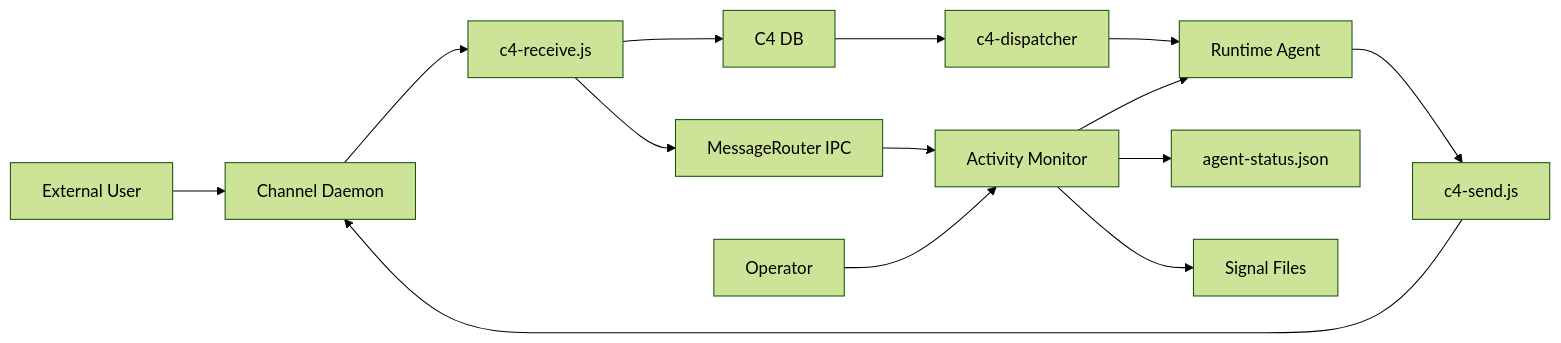
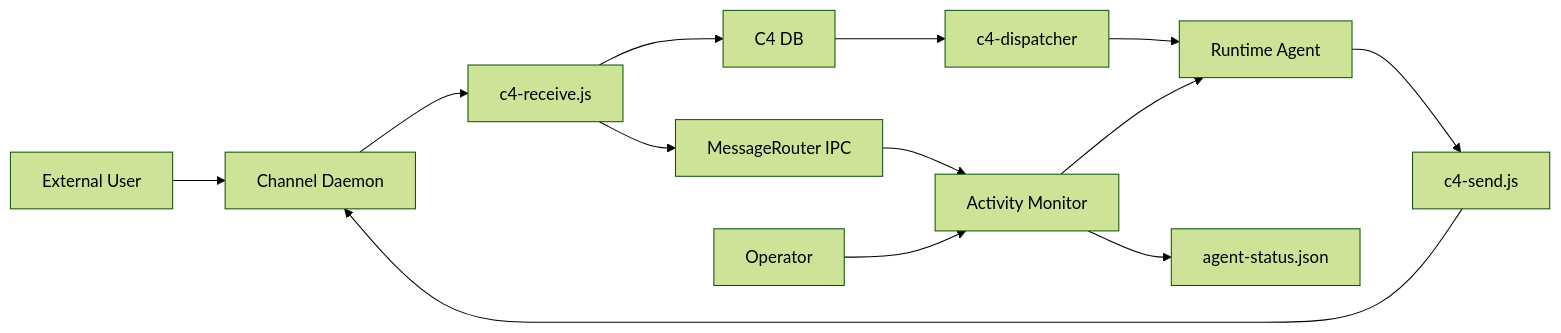
Before and after one commit to zylos-ai/zylos-core: the first of 3 diagrams in docs/activity-monitor-design.md, drawn with Mermaid (forest theme). The commit also changed other lines of this file, not shown here.

First line of the commit message:
docs(am): move Signal Files from container level into AM Process

````diff
--- a/docs/activity-monitor-design.md
+++ b/docs/activity-monitor-design.md
@@ -29,17 +29,16 @@
 ```mermaid
 flowchart LR
   User["External User"] --> Channel["Channel Daemon"]
   Channel --> Receive["c4-receive.js"]
   Receive --> C4DB["C4 DB"]
   C4DB --> Dispatcher["c4-dispatcher"]
   Dispatcher --> Runtime["Runtime Agent"]
   Runtime --> Send["c4-send.js"]
   Send --> Channel
 
   AM["Activity Monitor"] --> Runtime
   AM --> Status["agent-status.json"]
   Receive --> Router["MessageRouter IPC"]
   Router --> AM
-  AM --> Signals["Signal Files"]
   Operator --> AM
 ```
````
